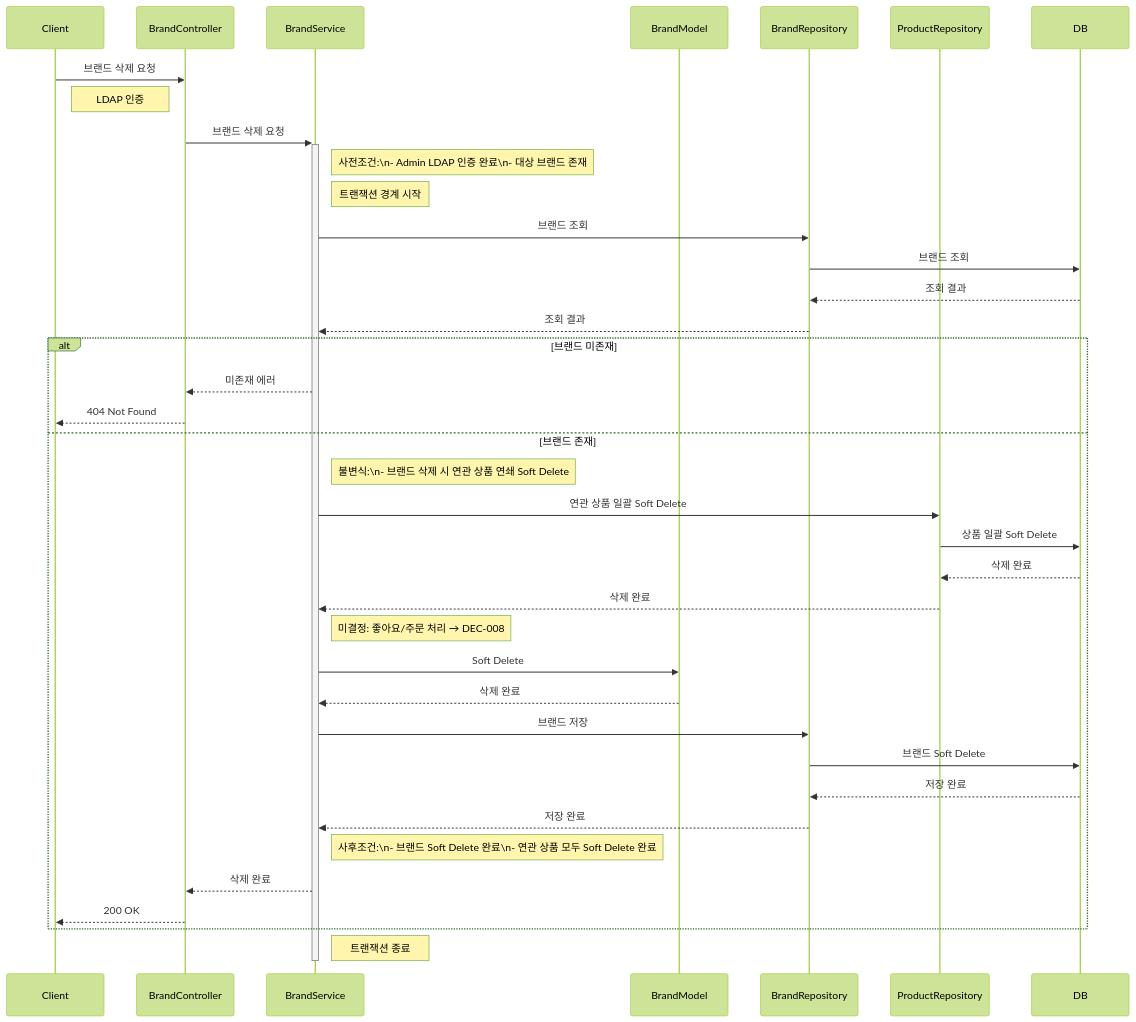
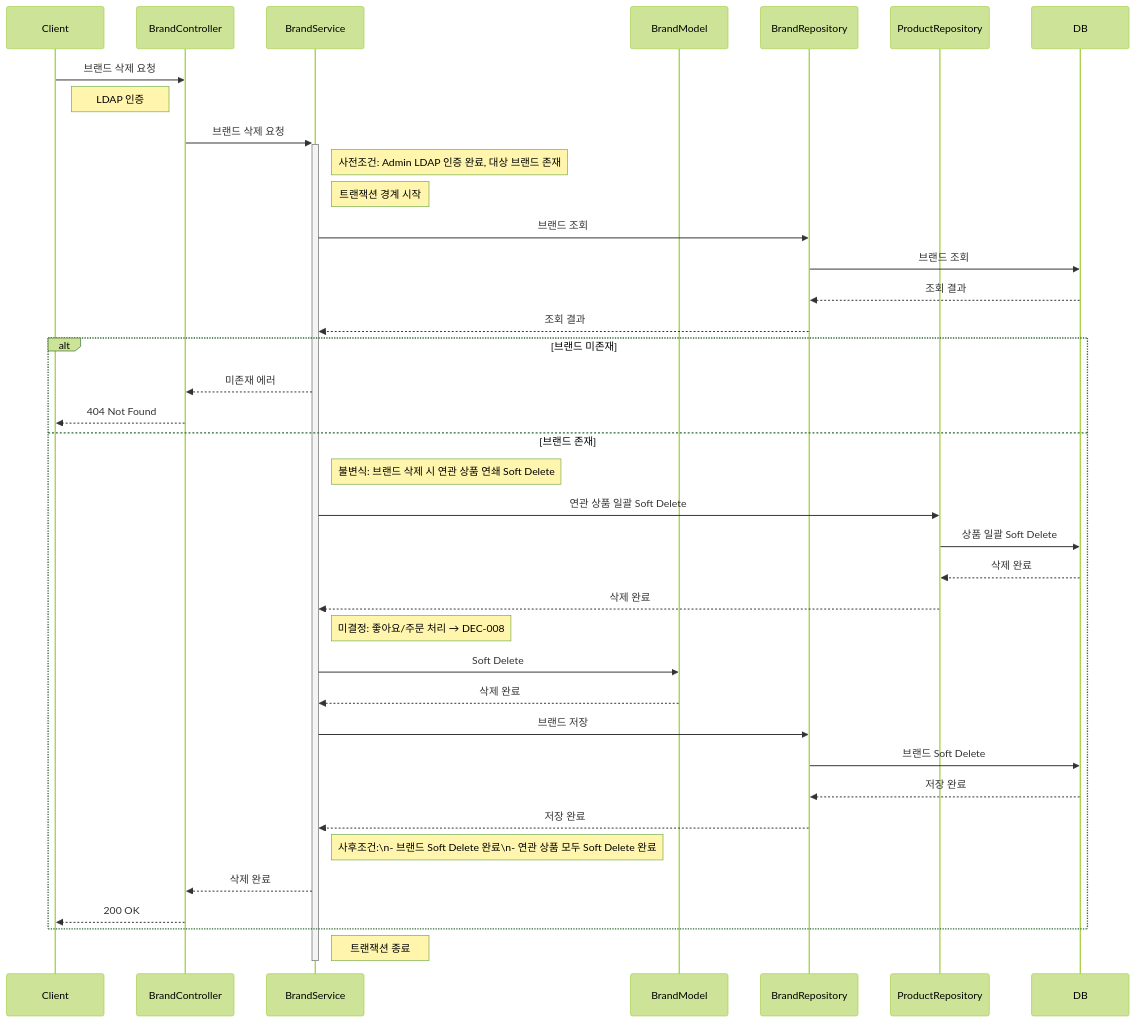
The sixth of 22 diagrams in docs/design/02-sequence-diagrams.md (Loopers-dev-lab/loop-pack-be-l2-vol3-kotlin), drawn with Mermaid (forest theme) before and after one commit. The commit also changed other lines of this file, not shown here.

Commit message:
docs(design): 시퀀스 다이어그램 줄바꿈 제거

````diff
--- a/docs/design/02-sequence-diagrams.md
+++ b/docs/design/02-sequence-diagrams.md
@@ -204,50 +204,50 @@
 ```mermaid
 sequenceDiagram
     participant Client
     participant BrandController
     participant BrandService
     participant BrandModel
     participant BrandRepository
     participant ProductRepository
     participant DB
 
     Client->>BrandController: 브랜드 삭제 요청
     Note right of Client: LDAP 인증
     BrandController->>+BrandService: 브랜드 삭제 요청
 
-    Note right of BrandService: 사전조건:\n- Admin LDAP 인증 완료\n- 대상 브랜드 존재
+    Note right of BrandService: 사전조건: Admin LDAP 인증 완료, 대상 브랜드 존재
     Note right of BrandService: 트랜잭션 경계 시작
 
     BrandService->>BrandRepository: 브랜드 조회
     BrandRepository->>DB: 브랜드 조회
     DB-->>BrandRepository: 조회 결과
     BrandRepository-->>BrandService: 조회 결과
 
     alt 브랜드 미존재
         BrandService-->>BrandController: 미존재 에러
         BrandController-->>Client: 404 Not Found
     else 브랜드 존재
-        Note right of BrandService: 불변식:\n- 브랜드 삭제 시 연관 상품 연쇄 Soft Delete
+        Note right of BrandService: 불변식: 브랜드 삭제 시 연관 상품 연쇄 Soft Delete
 
         BrandService->>ProductRepository: 연관 상품 일괄 Soft Delete
         ProductRepository->>DB: 상품 일괄 Soft Delete
         DB-->>ProductRepository: 삭제 완료
         ProductRepository-->>BrandService: 삭제 완료
         Note right of BrandService: 미결정: 좋아요/주문 처리 → DEC-008
 
         BrandService->>BrandModel: Soft Delete
         BrandModel-->>BrandService: 삭제 완료
         BrandService->>BrandRepository: 브랜드 저장
         BrandRepository->>DB: 브랜드 Soft Delete
         DB-->>BrandRepository: 저장 완료
         BrandRepository-->>BrandService: 저장 완료
 
         Note right of BrandService: 사후조건:\n- 브랜드 Soft Delete 완료\n- 연관 상품 모두 Soft Delete 완료
 
         BrandService-->>BrandController: 삭제 완료
         BrandController-->>Client: 200 OK
     end
 
     Note right of BrandService: 트랜잭션 종료
     deactivate BrandService
 ```
````
